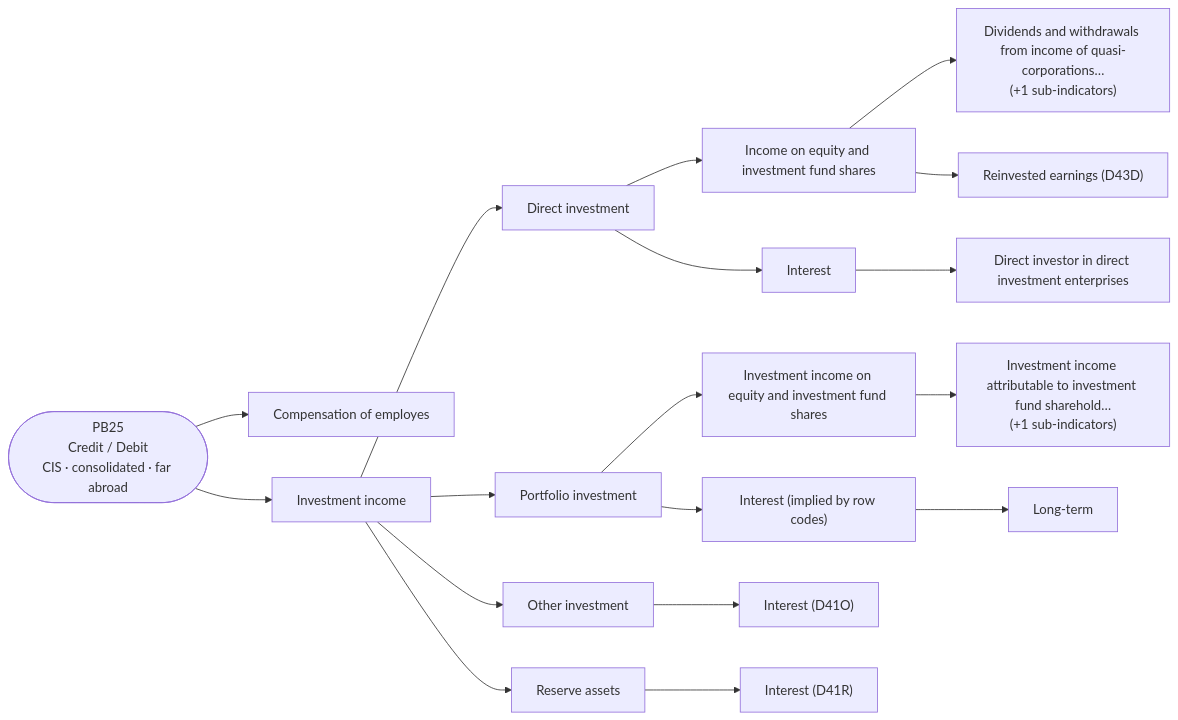
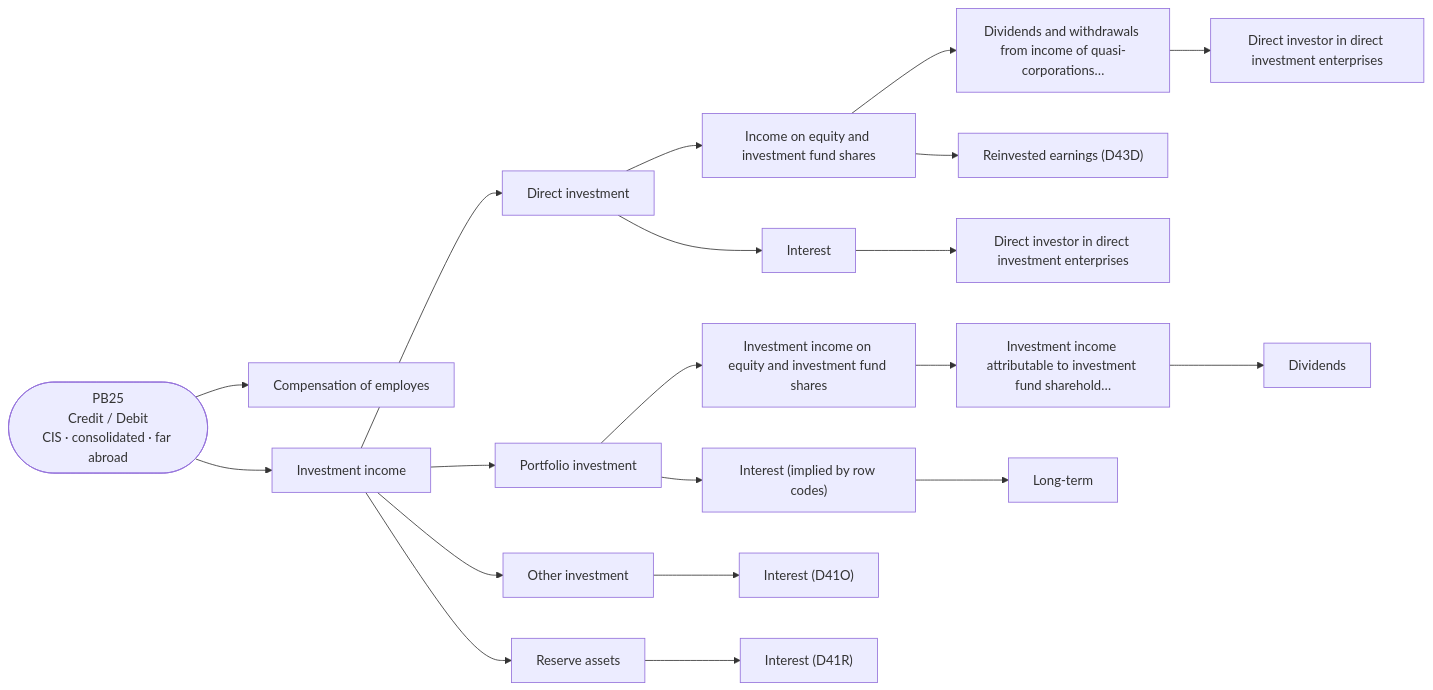
One commit to firdavsKh/AgentCursor changed diagram 30 of 36 in pb_leaf_indicators.md. Above: the diagram before and after it, drawn with Mermaid. The commit also changed other lines of this file and 1 other file, not shown here.

Commit message:
Show all sub-indicators in the leaf indicator trees

````diff
--- a/pb_leaf_indicators.md
+++ b/pb_leaf_indicators.md
@@ -2620,38 +3148,42 @@
 ```mermaid
 flowchart LR
   pb25(["PB25<br/>Credit / Debit<br/>CIS · consolidated · far abroad"])
   pb25_1["Compensation of employes"]
   pb25 --> pb25_1
   pb25_2["Investment income"]
   pb25 --> pb25_2
   pb25_2_3["Direct investment"]
   pb25_2 --> pb25_2_3
   pb25_2_3_4["Income on equity and investment fund shares"]
   pb25_2_3 --> pb25_2_3_4
-  pb25_2_3_4_5["Dividends and withdrawals from income of quasi-corporations…<br/>(+1 sub-indicators)"]
+  pb25_2_3_4_5["Dividends and withdrawals from income of quasi-corporations…"]
   pb25_2_3_4 --> pb25_2_3_4_5
-  pb25_2_3_4_6["Reinvested earnings (D43D)"]
-  pb25_2_3_4 --> pb25_2_3_4_6
-  pb25_2_3_7["Interest"]
-  pb25_2_3 --> pb25_2_3_7
-  pb25_2_3_7_8["Direct investor in direct investment enterprises"]
-  pb25_2_3_7 --> pb25_2_3_7_8
-  pb25_2_9["Portfolio investment"]
-  pb25_2 --> pb25_2_9
-  pb25_2_9_10["Investment income on equity and investment fund shares"]
-  pb25_2_9 --> pb25_2_9_10
-  pb25_2_9_10_11["Investment income attributable to investment fund sharehold…<br/>(+1 sub-indicators)"]
-  pb25_2_9_10 --> pb25_2_9_10_11
-  pb25_2_9_12["Interest (implied by row codes)"]
-  pb25_2_9 --> pb25_2_9_12
-  pb25_2_9_12_13["Long-term"]
-  pb25_2_9_12 --> pb25_2_9_12_13
-  pb25_2_14["Other investment"]
-  pb25_2 --> pb25_2_14
-  pb25_2_14_15["Interest (D41O)"]
-  pb25_2_14 --> pb25_2_14_15
-  pb25_2_16["Reserve assets"]
+  pb25_2_3_4_5_6["Direct investor in direct investment enterprises"]
+  pb25_2_3_4_5 --> pb25_2_3_4_5_6
+  pb25_2_3_4_7["Reinvested earnings (D43D)"]
+  pb25_2_3_4 --> pb25_2_3_4_7
+  pb25_2_3_8["Interest"]
+  pb25_2_3 --> pb25_2_3_8
+  pb25_2_3_8_9["Direct investor in direct investment enterprises"]
+  pb25_2_3_8 --> pb25_2_3_8_9
+  pb25_2_10["Portfolio investment"]
+  pb25_2 --> pb25_2_10
+  pb25_2_10_11["Investment income on equity and investment fund shares"]
+  pb25_2_10 --> pb25_2_10_11
+  pb25_2_10_11_12["Investment income attributable to investment fund sharehold…"]
+  pb25_2_10_11 --> pb25_2_10_11_12
+  pb25_2_10_11_12_13["Dividends"]
+  pb25_2_10_11_12 --> pb25_2_10_11_12_13
+  pb25_2_10_14["Interest (implied by row codes)"]
+  pb25_2_10 --> pb25_2_10_14
+  pb25_2_10_14_15["Long-term"]
+  pb25_2_10_14 --> pb25_2_10_14_15
+  pb25_2_16["Other investment"]
   pb25_2 --> pb25_2_16
-  pb25_2_16_17["Interest (D41R)"]
+  pb25_2_16_17["Interest (D41O)"]
   pb25_2_16 --> pb25_2_16_17
+  pb25_2_18["Reserve assets"]
+  pb25_2 --> pb25_2_18
+  pb25_2_18_19["Interest (D41R)"]
+  pb25_2_18 --> pb25_2_18_19
 ```
````
